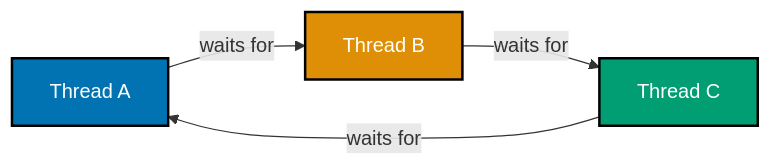
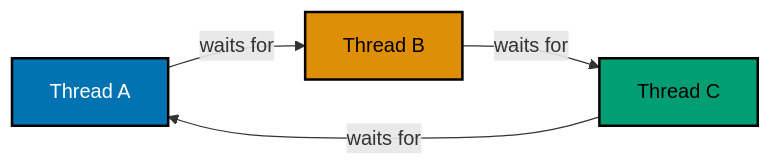
The third of 15 diagrams in apps/ayokoding-www/content/en/learn/courses/concurrency-and-parallelism/learning/advanced.md (wahidyankf/ose-public), drawn with Mermaid before and after one commit. The commit also changed other lines of this file and 144 other files, not shown here.

First line of the commit message:
fix(mermaid): bring the first half of the courses diagrams onto the accessible palette

````diff
--- a/apps/ayokoding-www/content/en/learn/courses/concurrency-and-parallelism/learning/advanced.md
+++ b/apps/ayokoding-www/content/en/learn/courses/concurrency-and-parallelism/learning/advanced.md
@@ -566,10 +572,13 @@
 ```mermaid
 %% Color Palette: Blue #0173B2, Orange #DE8F05, Teal #029E73, Purple #CC78BC
 flowchart LR
+    accTitle: Example 62: Detecting a Deadlock -- Finding a Cycle in a Wait-For Graph
+    accDescr: Flowchart with 3 nodes and 3 connections. Nodes: Thread A, Thread B, Thread C. Connections: Thread A to Thread B (waits for), Thread B to Thread C (waits for), Thread C to Thread A (waits for).
     A["Thread A"]:::blue -->|"waits for"| B["Thread B"]:::orange
     B -->|"waits for"| C["Thread C"]:::teal
     C -->|"waits for"| A
     classDef blue fill:#0173B2,stroke:#000000,color:#FFFFFF,stroke-width:2px
-    classDef orange fill:#DE8F05,stroke:#000000,color:#FFFFFF,stroke-width:2px
-    classDef teal fill:#029E73,stroke:#000000,color:#FFFFFF,stroke-width:2px
+    classDef orange fill:#DE8F05,stroke:#000000,color:#000000,stroke-width:2px
+    classDef teal fill:#029E73,stroke:#000000,color:#000000,stroke-width:2px
+    classDef default fill:#FFFFFF,stroke:#000000,color:#000000
 ```
````
